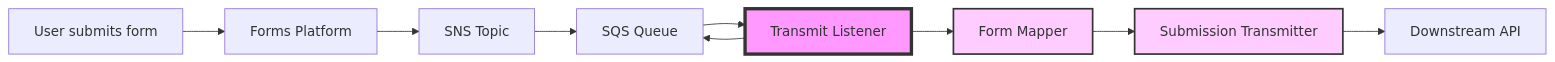
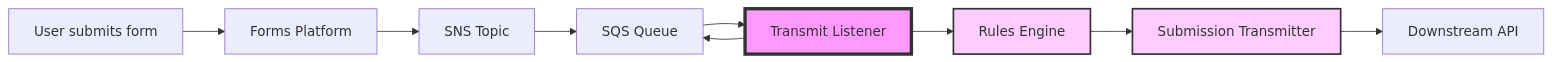
The first of 4 diagrams in docs/02-architecture.md (DEFRA/forms-newls-cwt-listener), drawn with Mermaid before and after one commit. The commit also changed other lines of this file and 40 other files, not shown here.

````diff
--- a/docs/02-architecture.md
+++ b/docs/02-architecture.md
@@ -5,15 +5,15 @@
 ```mermaid
 graph LR
     A[User submits form] --> B[Forms Platform]
     B --> C[SNS Topic]
     C --> D[SQS Queue]
     D --> E[Transmit Listener]
-    E --> F[Form Mapper]
+    E --> F[Rules Engine]
     F --> G[Submission Transmitter]
     G --> H[Downstream API]
     E --> D
 
     style E fill:#f9f,stroke:#333,stroke-width:4px
     style F fill:#fcf,stroke:#333,stroke-width:2px
     style G fill:#fcf,stroke:#333,stroke-width:2px
 ```
````
